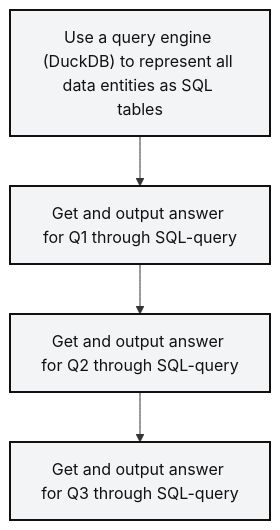
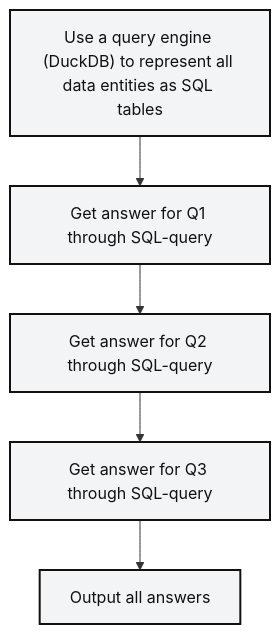
One commit to fvyshkov/JupyterProjectTrain changed the diagram in README.md. Above: the diagram before and after it, drawn with Mermaid.

Commit message:
Update README: enhance flowchart by adding output step and refining SQL query descriptions

````diff
--- a/README.md
+++ b/README.md
@@ -14,13 +14,15 @@
 ```mermaid
 flowchart TD
   classDef big fill:#f3f4f6,stroke:#111,stroke-width:2px,color:#111,font-size:16px;
 
   S1["Use a query engine (DuckDB) to represent all data entities as SQL tables"]:::big
-  S2["Get and output answer for Q1 through SQL-query"]:::big
-  S3["Get and output answer for Q2 through SQL-query"]:::big
-  S4["Get and output answer for Q3 through SQL-query"]:::big
+  S2["Get answer for Q1 through SQL-query"]:::big
+  S3["Get answer for Q2 through SQL-query"]:::big
+  S4["Get answer for Q3 through SQL-query"]:::big
+  S5["Output all answers"]:::big
 
   S1 --> S2
   S2 --> S3
   S3 --> S4
+  S4 --> S5
 ```
````
